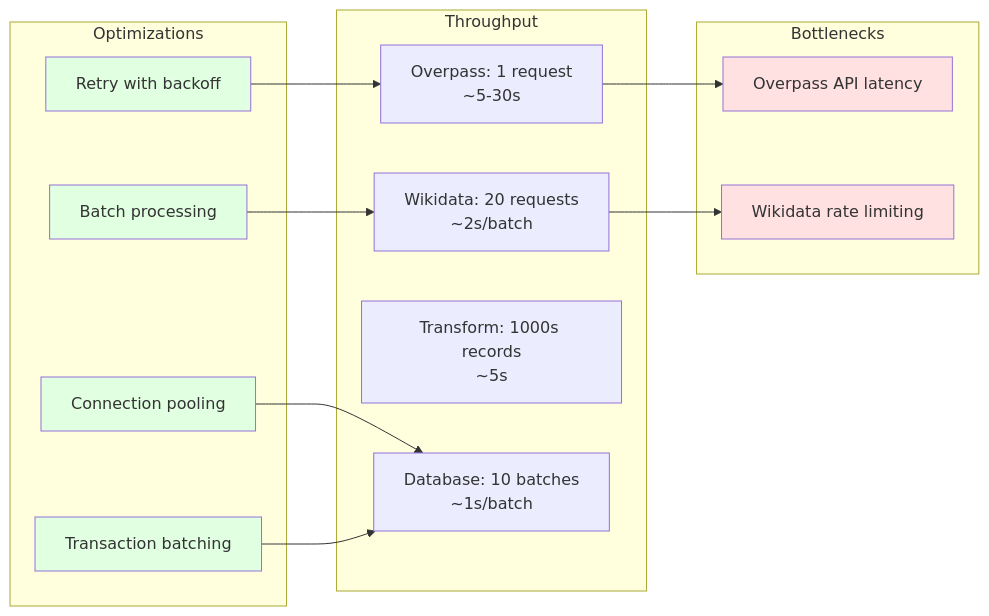
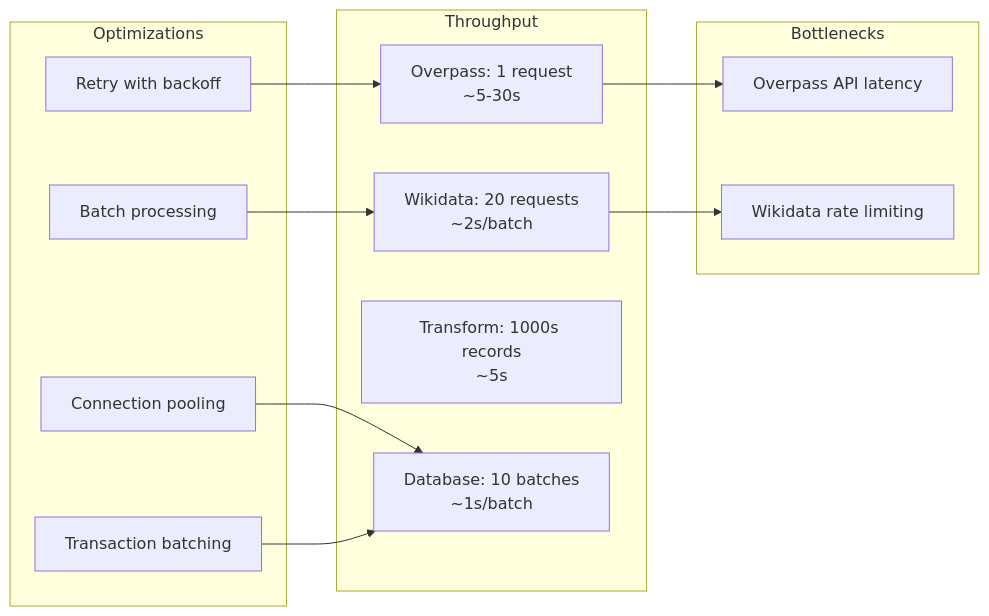
The seventh of 12 diagrams in docs/import/visual-overview.md (DaxServer/geocode-commons-categories), drawn with Mermaid before and after one commit. The commit also changed other lines of this file and 5 other files, not shown here.

````diff
--- a/docs/import/visual-overview.md
+++ b/docs/import/visual-overview.md
@@ -211,36 +192,30 @@
 ```mermaid
 graph LR
     subgraph "Throughput"
         T1[Overpass: 1 request<br/>~5-30s]
         T2[Wikidata: 20 requests<br/>~2s/batch]
         T3[Transform: 1000s records<br/>~5s]
         T4[Database: 10 batches<br/>~1s/batch]
     end
 
     subgraph "Bottlenecks"
         B1[Overpass API latency]
         B2[Wikidata rate limiting]
     end
 
     subgraph "Optimizations"
         O1[Retry with backoff]
         O2[Batch processing]
         O3[Connection pooling]
         O4[Transaction batching]
     end
 
     T1 --> B1
     T2 --> B2
 
     O1 --> T1
     O2 --> T2
     O3 --> T4
     O4 --> T4
 
-    style B1 fill:#ffe1e1
-    style B2 fill:#ffe1e1
-    style O1 fill:#e1ffe1
-    style O2 fill:#e1ffe1
-    style O3 fill:#e1ffe1
-    style O4 fill:#e1ffe1
 ```
````
